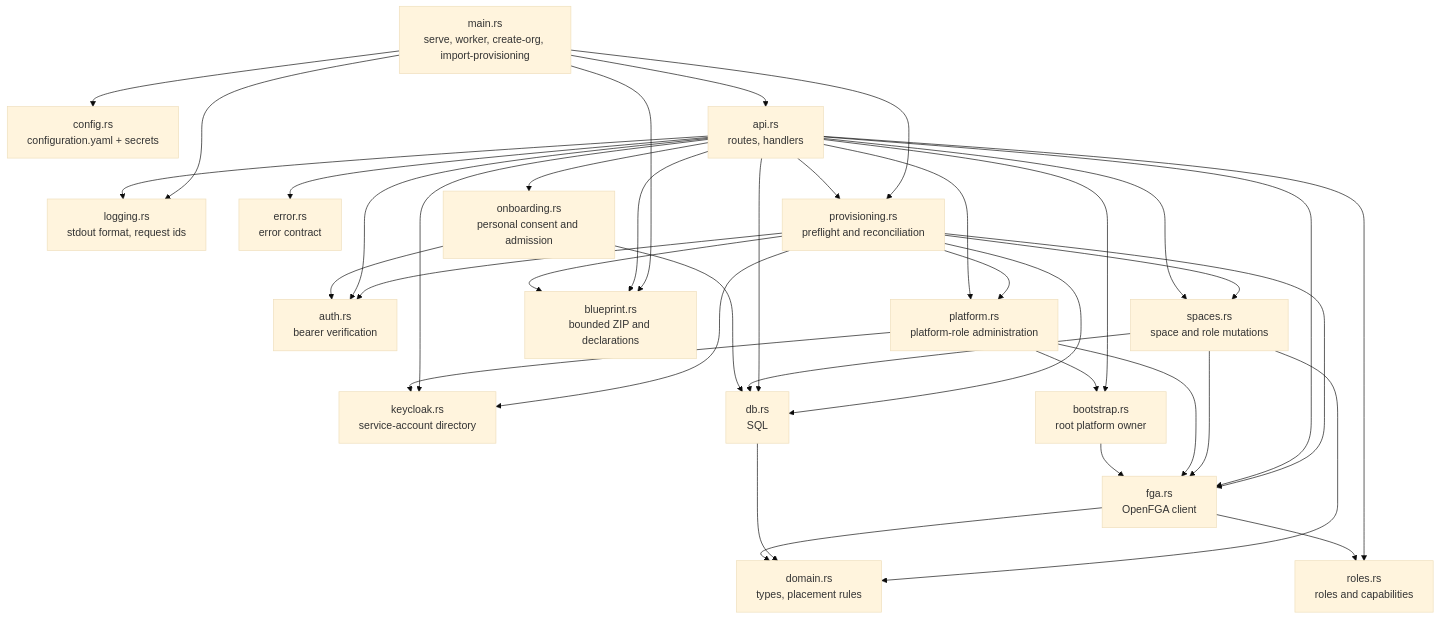
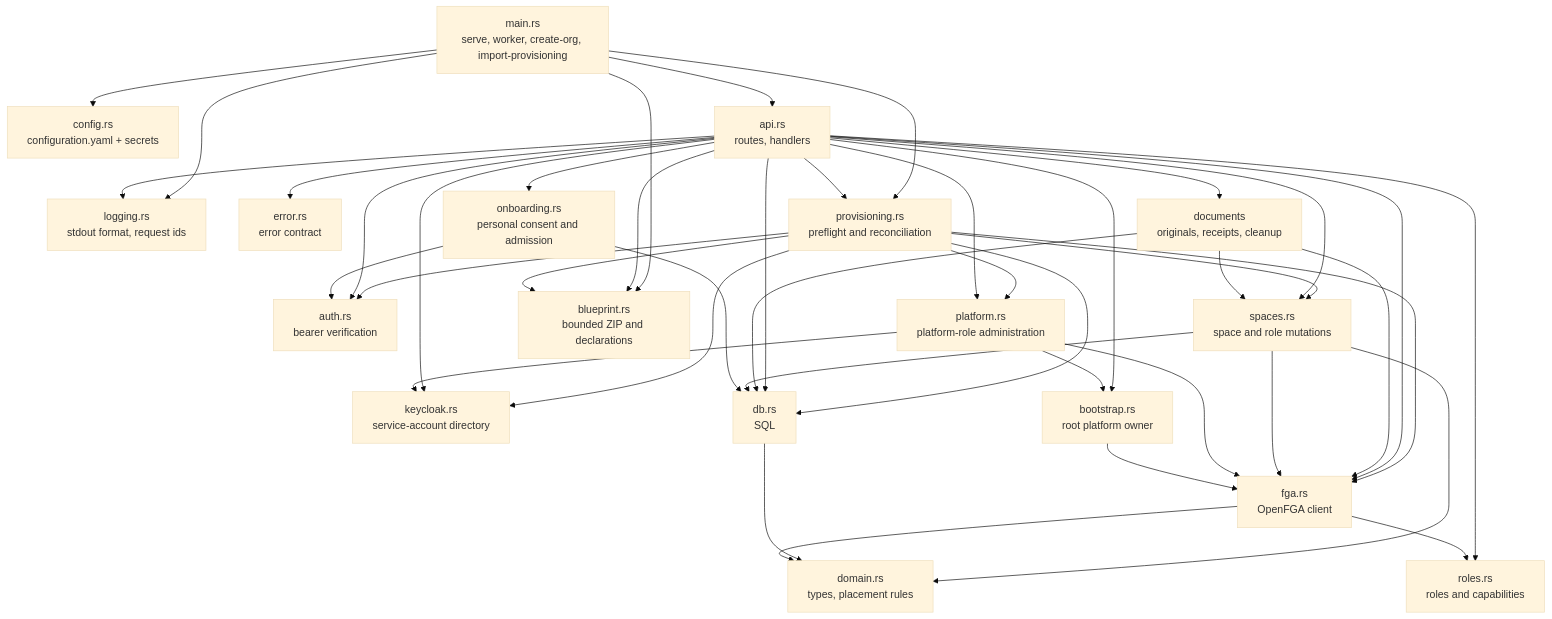
Before and after one commit to ThalesGroup/fred: the second of 10 diagrams in docs/architecture/A1-manager-runtime.md, drawn with Mermaid (base theme). The commit also changed other lines of this file and 92 other files, not shown here.

````diff
--- a/docs/architecture/A1-manager-runtime.md
+++ b/docs/architecture/A1-manager-runtime.md
@@ -48,34 +51,37 @@
 ```mermaid
 flowchart TB
     main["main.rs<br/>serve, worker, create-org, import-provisioning"]
     config["config.rs<br/>configuration.yaml + secrets"]
     logging["logging.rs<br/>stdout format, request ids"]
     api["api.rs<br/>routes, handlers"]
     auth["auth.rs<br/>bearer verification"]
     error["error.rs<br/>error contract"]
     spaces["spaces.rs<br/>space and role mutations"]
     provisioning["provisioning.rs<br/>preflight and reconciliation"]
     blueprint["blueprint.rs<br/>bounded ZIP and declarations"]
     platform["platform.rs<br/>platform-role administration"]
     roles["roles.rs<br/>roles and capabilities"]
     directory["keycloak.rs<br/>service-account directory"]
     onboarding["onboarding.rs<br/>personal consent and admission"]
     bootstrap["bootstrap.rs<br/>root platform owner"]
     domain["domain.rs<br/>types, placement rules"]
     db["db.rs<br/>SQL"]
+    documents["documents<br/>originals, receipts, cleanup"]
     fga["fga.rs<br/>OpenFGA client"]
 
     main --> config & logging & api & provisioning & blueprint
     api --> provisioning & blueprint
     provisioning --> blueprint
     provisioning --> auth & platform & directory & db & fga & spaces
     api --> auth & error & spaces & bootstrap & db & fga & logging
+    api --> documents
+    documents --> spaces & db & fga
     spaces --> domain & db & fga
     api --> platform & roles & directory & onboarding
     onboarding --> auth & db
     platform --> bootstrap & directory & fga
     fga --> roles
     bootstrap --> fga
     db --> domain
     fga --> domain
 ```
````
